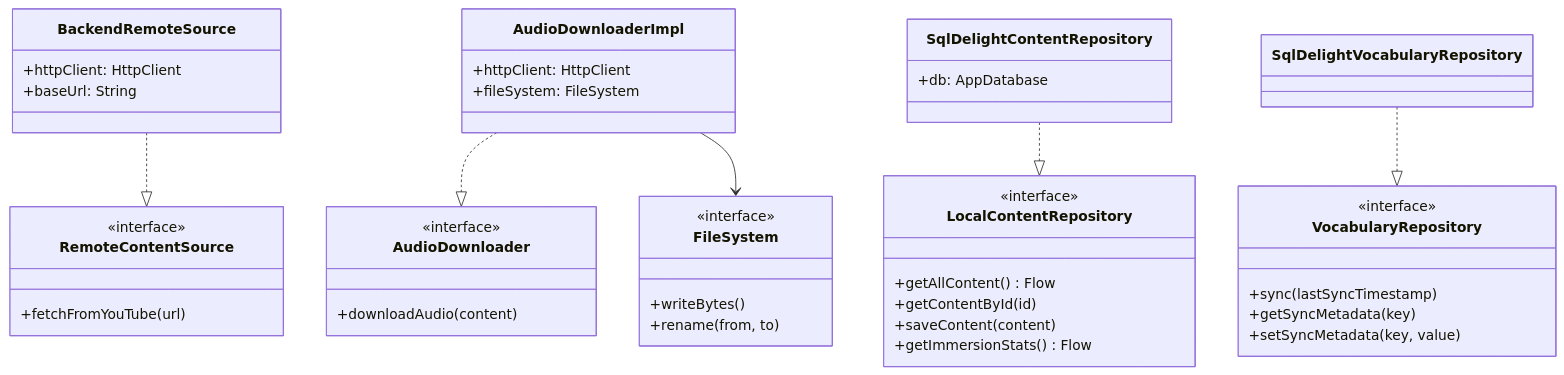
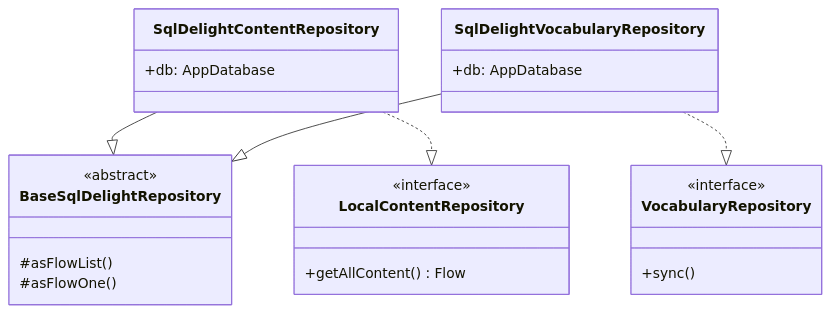
The second of 7 diagrams in docs/UML.md (ursusandwolf/langkraft), drawn with Mermaid before and after one commit. The commit also changed other lines of this file and 13 other files, not shown here.

First line of the commit message:
refactor: reduce boilerplate and duplication using abstract base classes

````diff
--- a/docs/UML.md
+++ b/docs/UML.md
@@ -33,46 +33,27 @@
 ```mermaid
 classDiagram
+    class BaseSqlDelightRepository {
+        <<abstract>>
+        #asFlowList()
+        #asFlowOne()
+    }
     class LocalContentRepository {
         <<interface>>
         +getAllContent() Flow
-        +getContentById(id)
-        +saveContent(content)
-        +getImmersionStats() Flow
-    }
-    class AudioDownloader {
-        <<interface>>
-        +downloadAudio(content)
-    }
-    class RemoteContentSource {
-        <<interface>>
-        +fetchFromYouTube(url)
-    }
-    class FileSystem {
-        <<interface>>
-        +writeBytes()
-        +rename(from, to)
-    }
-    class BackendRemoteSource {
-        +httpClient: HttpClient
-        +baseUrl: String
-    }
-    class AudioDownloaderImpl {
-        +httpClient: HttpClient
-        +fileSystem: FileSystem
     }
     class SqlDelightContentRepository {
         +db: AppDatabase
     }
     class VocabularyRepository {
         <<interface>>
-        +sync(lastSyncTimestamp)
-        +getSyncMetadata(key)
-        +setSyncMetadata(key, value)
+        +sync()
+    }
+    class SqlDelightVocabularyRepository {
+        +db: AppDatabase
     }
 
+    SqlDelightContentRepository --|> BaseSqlDelightRepository
     SqlDelightContentRepository ..|> LocalContentRepository
-    BackendRemoteSource ..|> RemoteContentSource
-    AudioDownloaderImpl ..|> AudioDownloader
-    AudioDownloaderImpl --> FileSystem
+    SqlDelightVocabularyRepository --|> BaseSqlDelightRepository
     SqlDelightVocabularyRepository ..|> VocabularyRepository
 ```
````
